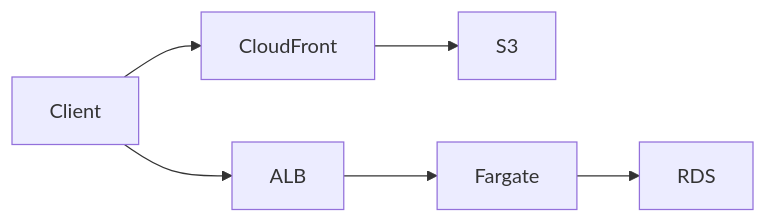
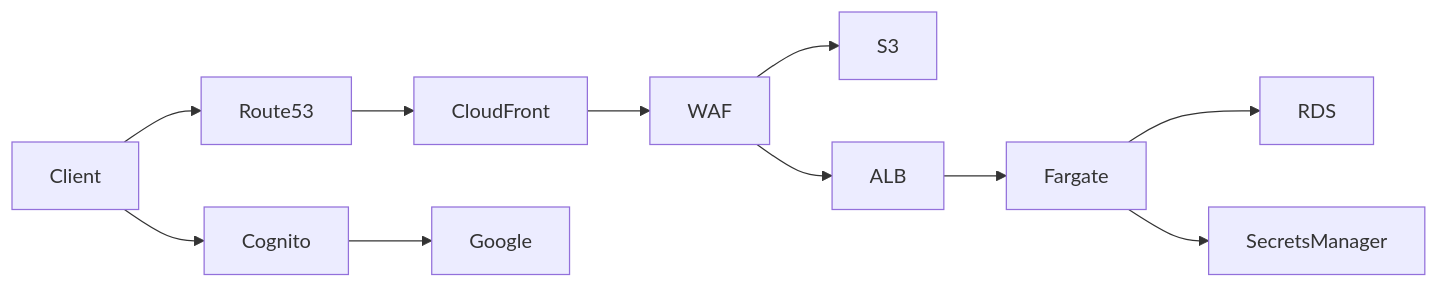
Before and after one commit to x29general/PlasticModelApp.Public: the second of 3 diagrams in README.md, drawn with Mermaid. The commit also changed other lines of this file and 2 other files, not shown here.

````diff
--- a/README.md
+++ b/README.md
@@ -31,8 +41,13 @@
 ```mermaid
 flowchart LR
-    Client --> CloudFront
-    CloudFront --> S3
-    Client --> ALB
+    Client --> Route53
+    Route53 --> CloudFront
+    CloudFront --> WAF
+    WAF --> S3
+    WAF --> ALB
+    Client --> Cognito
+    Cognito --> Google
     ALB --> Fargate
     Fargate --> RDS
+    Fargate --> SecretsManager
 ```
````
